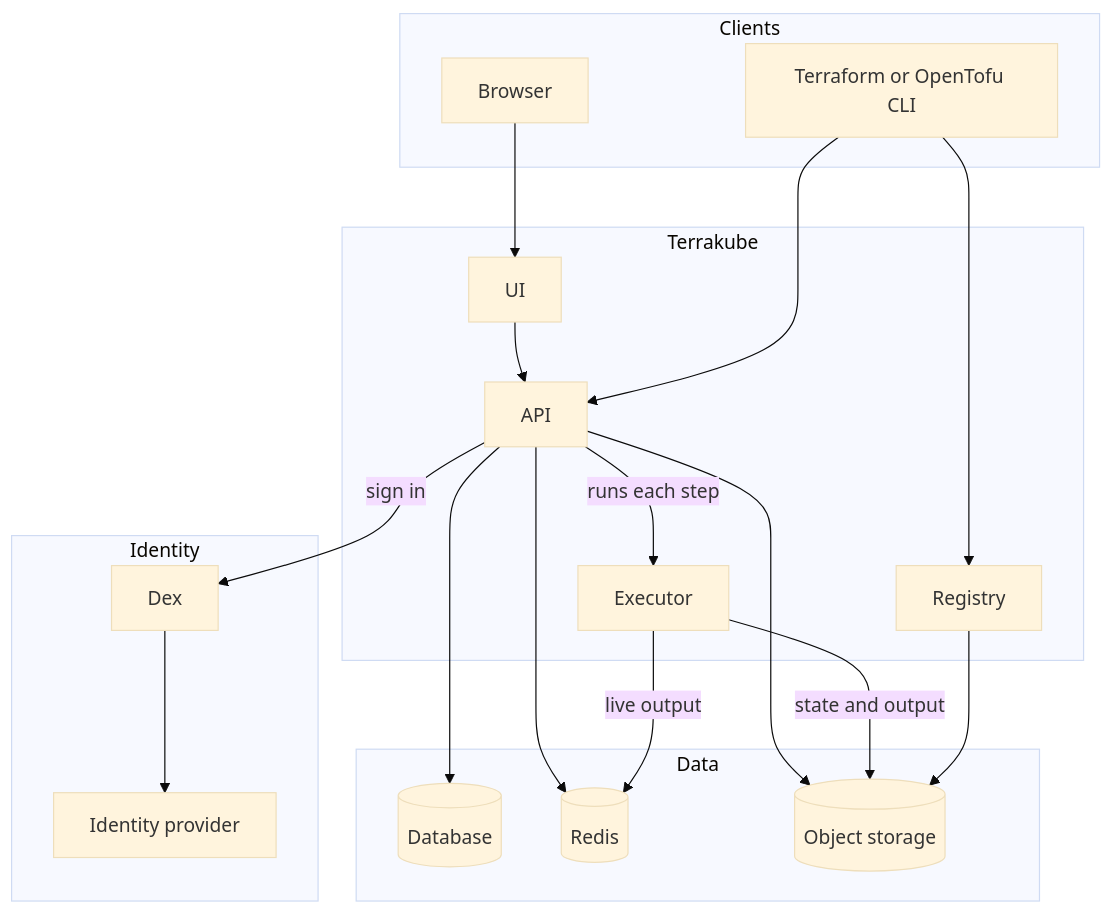
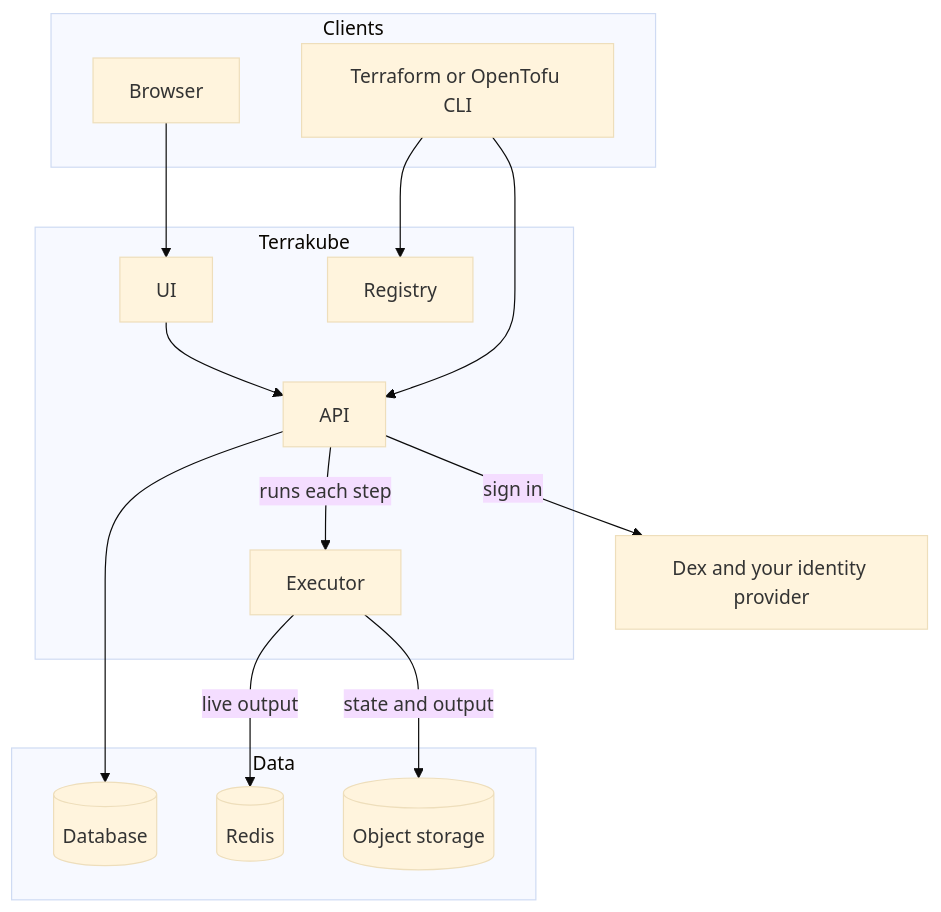
The diagram in README.md (terrakube-io/terrakube), drawn with Mermaid (base theme) before and after one commit. The commit also changed other lines of this file, not shown here.

Commit message:
docs: simplify the README architecture diagram

````diff
--- a/README.md
+++ b/README.md
@@ -85,33 +85,27 @@
 ```mermaid
 flowchart TB
     subgraph clients[" Clients "]
         browser[Browser]
         cli[Terraform or OpenTofu CLI]
     end
     subgraph terrakube[" Terrakube "]
         ui[UI]
         api[API]
         registry[Registry]
         executor[Executor]
     end
     subgraph data[" Data "]
         db[(Database)]
         redis[(Redis)]
         storage[(Object storage)]
     end
-    subgraph identity[" Identity "]
-        dex[Dex]
-        idp[Identity provider]
-    end
+    dex[Dex and your identity provider]
     browser --> ui --> api
     cli --> api
     cli --> registry
     api -->|runs each step| executor
+    api -->|sign in| dex
     api --> db
-    api --> redis
-    api --> storage
     executor -->|live output| redis
     executor -->|state and output| storage
-    registry --> storage
-    api -->|sign in| dex --> idp
 ```
````
